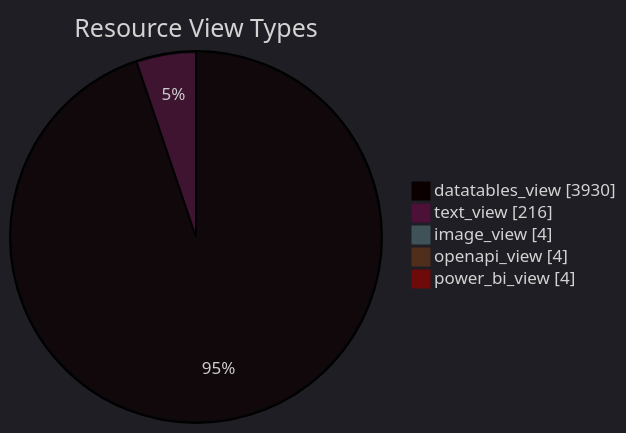
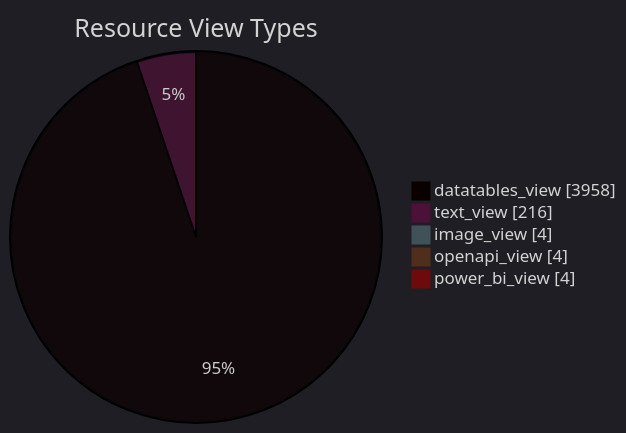
One commit to open-data/analytics-corporate-reporting changed the diagram in datastore_tracker/resource_view_types_pie_chart.md. Above: the diagram before and after it, drawn with Mermaid. The commit also changed 9 other files, not shown here.

````diff
--- a/datastore_tracker/resource_view_types_pie_chart.md
+++ b/datastore_tracker/resource_view_types_pie_chart.md
@@ -2,12 +2,12 @@
 ```mermaid
 ---
 config:
   theme: dark
 ---
 pie showData title Resource View Types
-    "datatables_view": 3930
+    "datatables_view": 3958
     "text_view": 216
     "image_view": 4
     "openapi_view": 4
     "power_bi_view": 4
 ```
````
